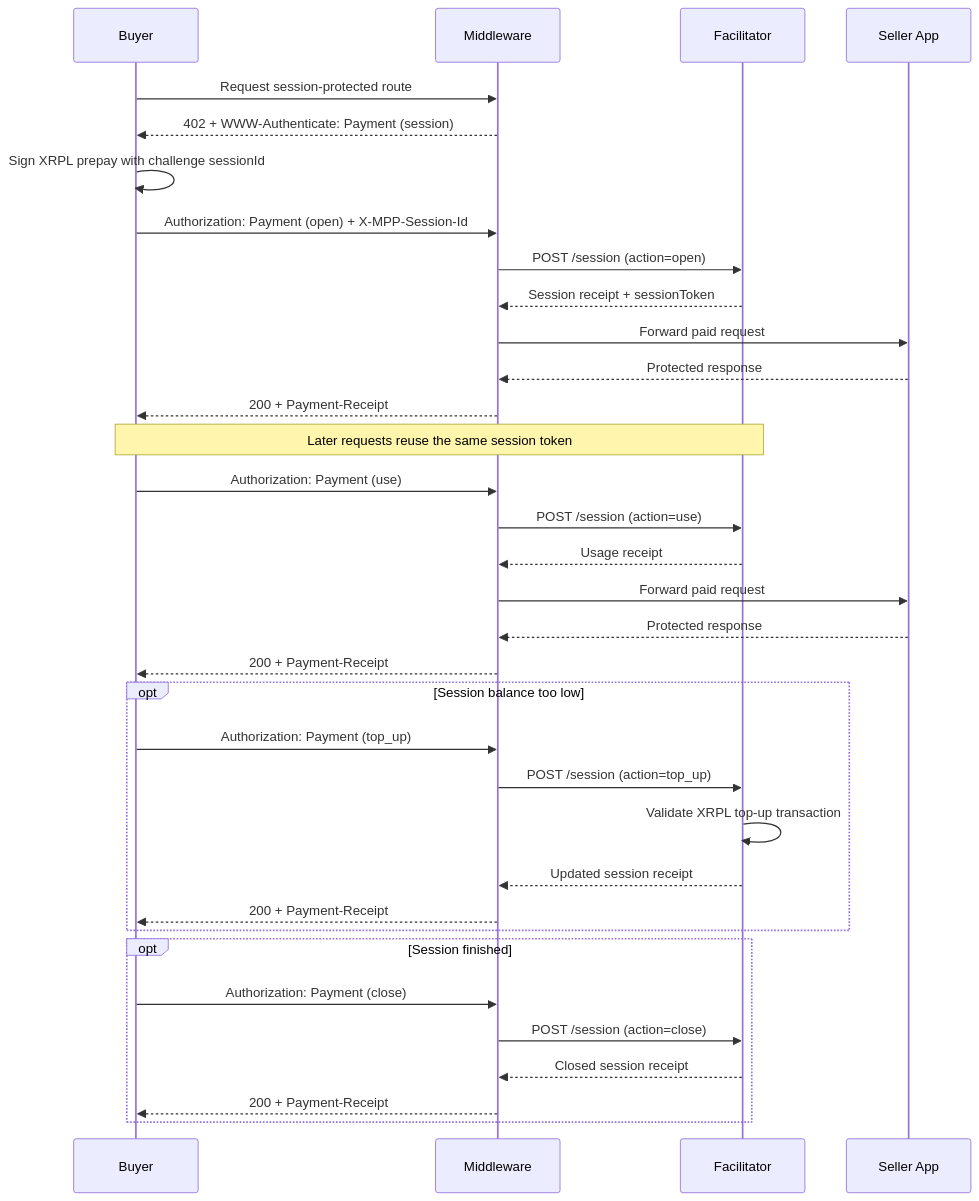
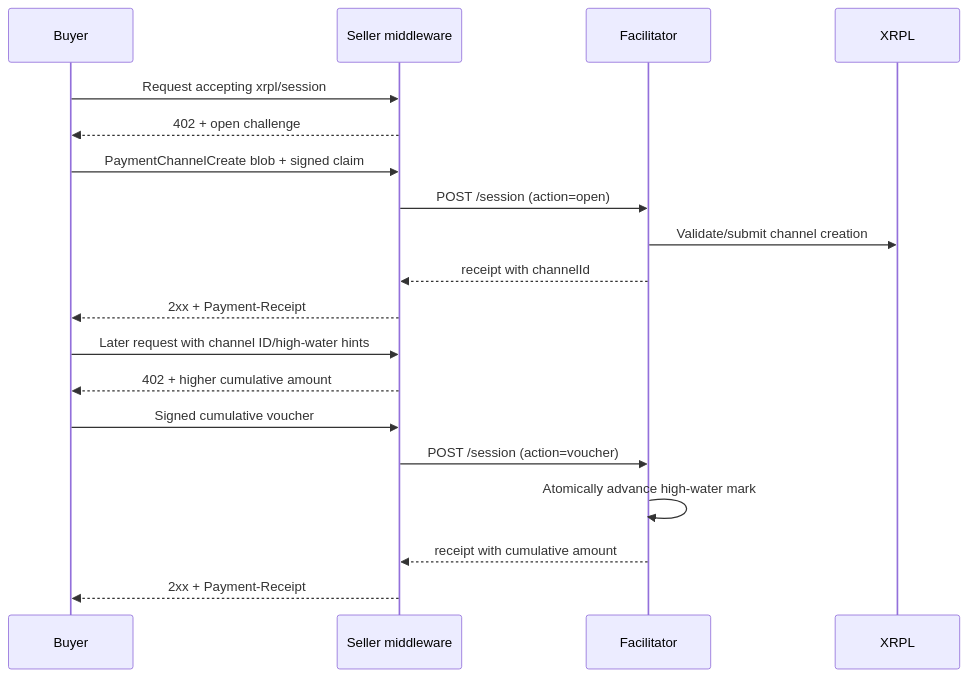
One commit to lgcarrier/xrpl-mpp-stack changed the second of 2 diagrams in docs/how-it-works/payment-flow.md. Above: the diagram before and after it, drawn with Mermaid. The commit also changed other lines of this file and 159 other files, not shown here.

````diff
--- a/docs/how-it-works/payment-flow.md
+++ b/docs/how-it-works/payment-flow.md
@@ -34,40 +39,22 @@
 ```mermaid
 sequenceDiagram
-    participant Buyer
-    participant Middleware
-    participant Facilitator
-    participant App as Seller App
+    participant B as Buyer
+    participant S as Seller middleware
+    participant F as Facilitator
+    participant X as XRPL
 
-    Buyer->>Middleware: Request session-protected route
-    Middleware-->>Buyer: 402 + WWW-Authenticate: Payment (session)
-    Buyer->>Buyer: Sign XRPL prepay with challenge sessionId
-    Buyer->>Middleware: Authorization: Payment (open) + X-MPP-Session-Id
-    Middleware->>Facilitator: POST /session (action=open)
-    Facilitator-->>Middleware: Session receipt + sessionToken
-    Middleware->>App: Forward paid request
-    App-->>Middleware: Protected response
-    Middleware-->>Buyer: 200 + Payment-Receipt
-
-    Note over Buyer,Facilitator: Later requests reuse the same session token
-    Buyer->>Middleware: Authorization: Payment (use)
-    Middleware->>Facilitator: POST /session (action=use)
-    Facilitator-->>Middleware: Usage receipt
-    Middleware->>App: Forward paid request
-    App-->>Middleware: Protected response
-    Middleware-->>Buyer: 200 + Payment-Receipt
-
-    opt Session balance too low
-        Buyer->>Middleware: Authorization: Payment (top_up)
-        Middleware->>Facilitator: POST /session (action=top_up)
-        Facilitator->>Facilitator: Validate XRPL top-up transaction
-        Facilitator-->>Middleware: Updated session receipt
-        Middleware-->>Buyer: 200 + Payment-Receipt
-    end
-
-    opt Session finished
-        Buyer->>Middleware: Authorization: Payment (close)
-        Middleware->>Facilitator: POST /session (action=close)
-        Facilitator-->>Middleware: Closed session receipt
-        Middleware-->>Buyer: 200 + Payment-Receipt
-    end
+    B->>S: Request accepting xrpl/session
+    S-->>B: 402 + open challenge
+    B->>S: PaymentChannelCreate blob + signed claim
+    S->>F: POST /session (action=open)
+    F->>X: Validate/submit channel creation
+    F-->>S: receipt with channelId
+    S-->>B: 2xx + Payment-Receipt
+    B->>S: Later request with channel ID/high-water hints
+    S-->>B: 402 + higher cumulative amount
+    B->>S: Signed cumulative voucher
+    S->>F: POST /session (action=voucher)
+    F->>F: Atomically advance high-water mark
+    F-->>S: receipt with cumulative amount
+    S-->>B: 2xx + Payment-Receipt
 ```
````
